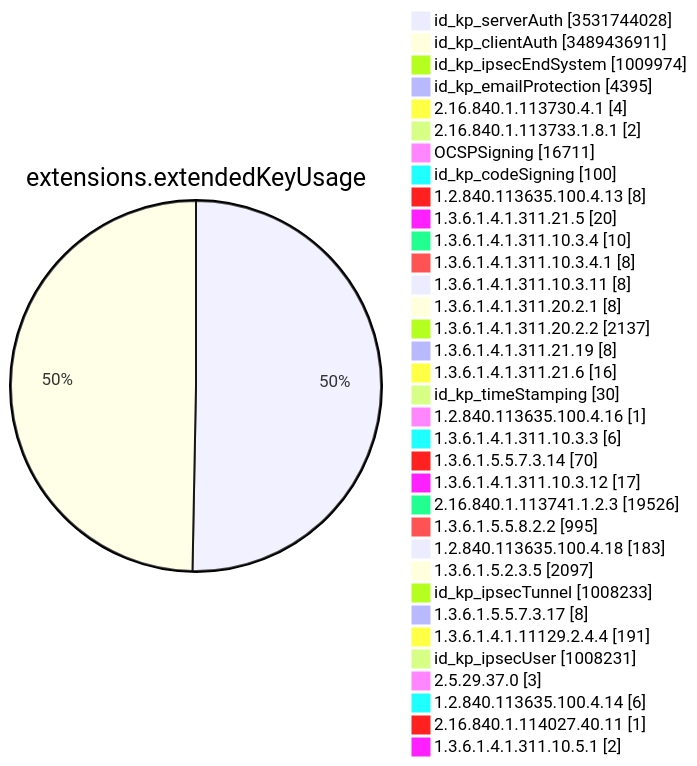
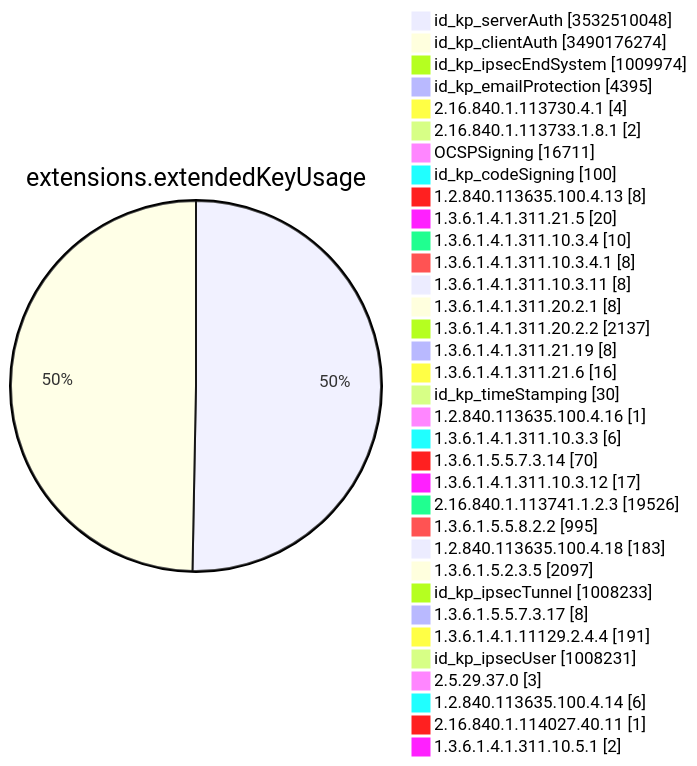
Before and after one commit to christiankrug/ctmonitor_visualization: diagram 11 of 15 in TOTAL/README.md, drawn with Mermaid. The commit also changed other lines of this file, not shown here.

````diff
--- a/TOTAL/README.md
+++ b/TOTAL/README.md
@@ -4127,38 +4127,38 @@
 ```mermaid
 pie showData
 title extensions.extendedKeyUsage
-"id_kp_serverAuth" :3531744028
-"id_kp_clientAuth" :3489436911
+"id_kp_serverAuth" :3532510048
+"id_kp_clientAuth" :3490176274
 "id_kp_ipsecEndSystem" :1009974
 "id_kp_emailProtection" :4395
 "2.16.840.1.113730.4.1" :4
 "2.16.840.1.113733.1.8.1" :2
 "OCSPSigning" :16711
 "id_kp_codeSigning" :100
 "1.2.840.113635.100.4.13" :8
 "1.3.6.1.4.1.311.21.5" :20
 "1.3.6.1.4.1.311.10.3.4" :10
 "1.3.6.1.4.1.311.10.3.4.1" :8
 "1.3.6.1.4.1.311.10.3.11" :8
 "1.3.6.1.4.1.311.20.2.1" :8
 "1.3.6.1.4.1.311.20.2.2" :2137
 "1.3.6.1.4.1.311.21.19" :8
 "1.3.6.1.4.1.311.21.6" :16
 "id_kp_timeStamping" :30
 "1.2.840.113635.100.4.16" :1
 "1.3.6.1.4.1.311.10.3.3" :6
 "1.3.6.1.5.5.7.3.14" :70
 "1.3.6.1.4.1.311.10.3.12" :17
 "2.16.840.1.113741.1.2.3" :19526
 "1.3.6.1.5.5.8.2.2" :995
 "1.2.840.113635.100.4.18" :183
 "1.3.6.1.5.2.3.5" :2097
 "id_kp_ipsecTunnel" :1008233
 "1.3.6.1.5.5.7.3.17" :8
 "1.3.6.1.4.1.11129.2.4.4" :191
 "id_kp_ipsecUser" :1008231
 "2.5.29.37.0" :3
 "1.2.840.113635.100.4.14" :6
 "2.16.840.1.114027.40.11" :1
 "1.3.6.1.4.1.311.10.5.1" :2
 ```
````
